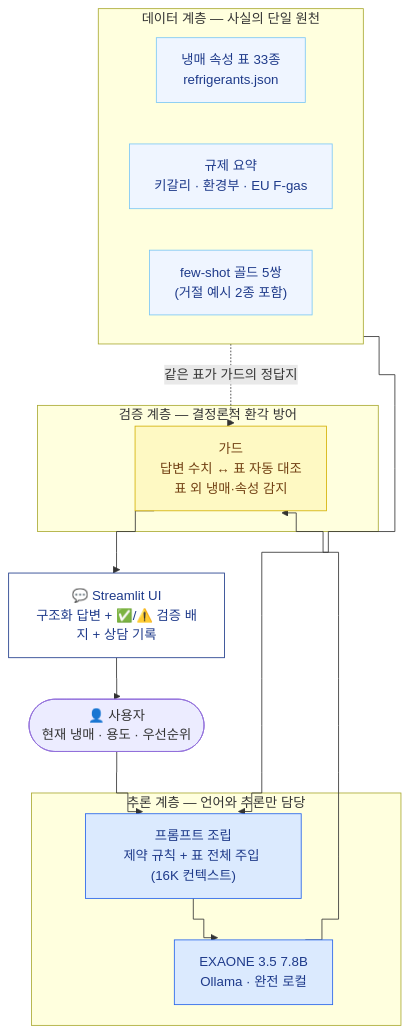
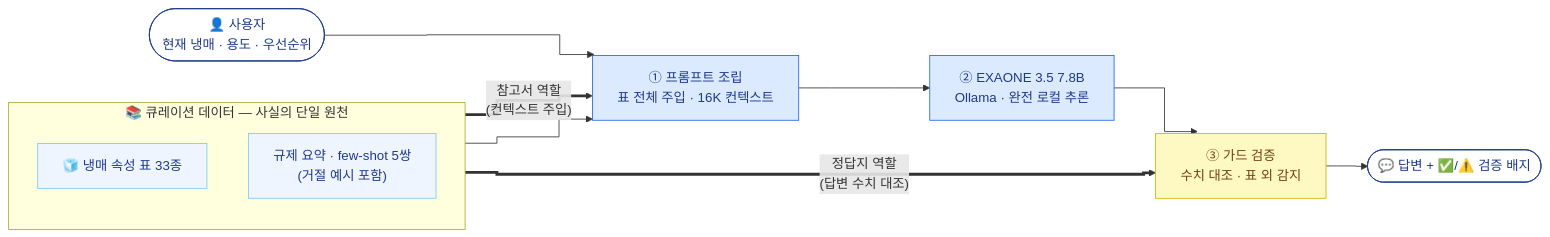
The diagram in README.md (YeonSooKim526/R-NEXT), drawn with Mermaid before and after one commit. The commit also changed other lines of this file, not shown here.

Commit message:
아키텍처 다이어그램 재설계: 가로 4단계 파이프라인 + 냉매 표의 이중 역할 강조

````diff
--- a/README.md
+++ b/README.md
@@ -39,36 +39,27 @@
 ```mermaid
 %%{init: {"flowchart": {"curve": "step"}}}%%
-flowchart TB
-    USER(["👤 사용자<br/>현재 냉매 · 용도 · 우선순위"])
-
-    subgraph DATA["데이터 계층 — 사실의 단일 원천"]
-        direction LR
-        R["냉매 속성 표 33종<br/>refrigerants.json"]
-        REG["규제 요약<br/>키갈리 · 환경부 · EU F-gas"]
-        FS["few-shot 골드 5쌍<br/>(거절 예시 2종 포함)"]
+flowchart LR
+    subgraph D["📚 큐레이션 데이터 — 사실의 단일 원천"]
+        direction TB
+        T["🧊 냉매 속성 표 33종"]
+        X["규제 요약 · few-shot 5쌍<br/>(거절 예시 포함)"]
     end
 
-    subgraph INFER["추론 계층 — 언어와 추론만 담당"]
-        P["프롬프트 조립<br/>제약 규칙 + 표 전체 주입 (16K 컨텍스트)"]
-        M["EXAONE 3.5 7.8B<br/>Ollama · 완전 로컬"]
-    end
+    U(["👤 사용자<br/>현재 냉매 · 용도 · 우선순위"]) --> P
+    P["① 프롬프트 조립<br/>표 전체 주입 · 16K 컨텍스트"] --> M
+    M["② EXAONE 3.5 7.8B<br/>Ollama · 완전 로컬 추론"] --> G
+    G["③ 가드 검증<br/>수치 대조 · 표 외 감지"] --> A(["💬 답변 + ✅/⚠️ 검증 배지"])
 
-    subgraph VERIFY["검증 계층 — 결정론적 환각 방어"]
-        G["가드<br/>답변 수치 ↔ 표 자동 대조<br/>표 외 냉매·속성 감지"]
-    end
-
-    UI["💬 Streamlit UI<br/>구조화 답변 + ✅/⚠️ 검증 배지 + 상담 기록"]
-
-    USER --> P
-    DATA --> P --> M --> G --> UI --> USER
-    R -. "같은 표가 가드의 정답지" .-> G
+    T == "참고서 역할<br/>(컨텍스트 주입)" ==> P
+    X --> P
+    T == "정답지 역할<br/>(답변 수치 대조)" ==> G
 
     classDef data fill:#eff5ff,stroke:#7cc8f5,color:#1e3a8a
     classDef infer fill:#dbeafe,stroke:#2563eb,color:#1e3a8a
     classDef verify fill:#fef9c3,stroke:#d4b106,color:#713f12
-    classDef ui fill:#ffffff,stroke:#1e3a8a,color:#1e3a8a
-    class R,REG,FS data
+    classDef io fill:#ffffff,stroke:#1e3a8a,color:#1e3a8a
+    class T,X data
     class P,M infer
     class G verify
-    class UI ui
+    class U,A io
 ```
````
